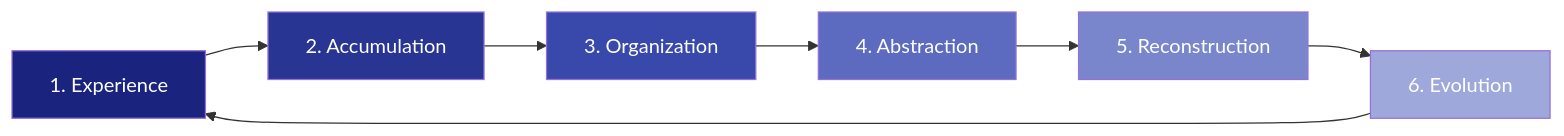
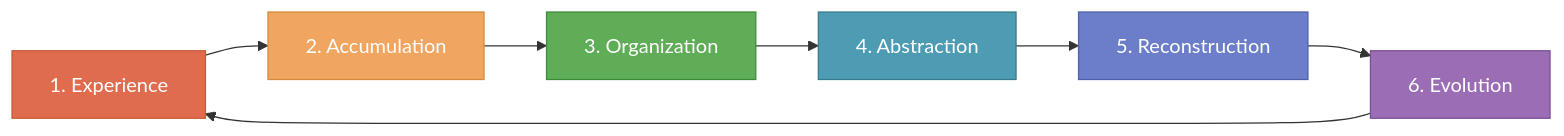
One commit to tellmewhattodo/cognitive-continuity-engineering changed the second of 5 diagrams in README.md. Above: the diagram before and after it, drawn with Mermaid. The commit also changed other lines of this file, not shown here.

Commit message:
Fix Mermaid color palette for eye-friendly readability

````diff
--- a/README.md
+++ b/README.md
@@ -295,16 +295,16 @@
 ```mermaid
 flowchart LR
     E[1. Experience] --> A[2. Accumulation]
     A --> O[3. Organization]
     O --> Ab[4. Abstraction]
     Ab --> R[5. Reconstruction]
     R --> Ev[6. Evolution]
     Ev --> E
     
-    style E fill:#1A237E,color:#fff
-    style A fill:#283593,color:#fff
-    style O fill:#3949AB,color:#fff
-    style Ab fill:#5C6BC0,color:#fff
-    style R fill:#7986CB,color:#fff
-    style Ev fill:#9FA8DA,color:#fff
+    style E fill:#E06C4F,color:#fff,stroke:#C55A33
+    style A fill:#F0A560,color:#fff,stroke:#D4893E
+    style O fill:#5FAD56,color:#fff,stroke:#3D8B3A
+    style Ab fill:#4D9CB3,color:#fff,stroke:#367A8F
+    style R fill:#6C7EC9,color:#fff,stroke:#4E5FA8
+    style Ev fill:#9B6DB5,color:#fff,stroke:#7B4E96
 ```
````
